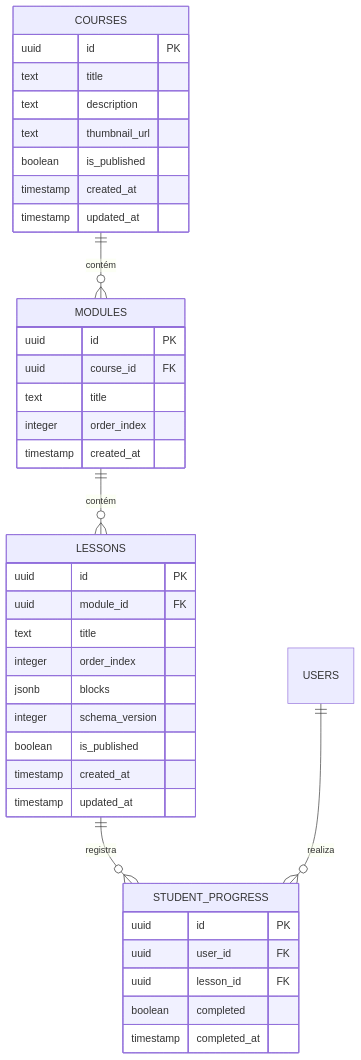
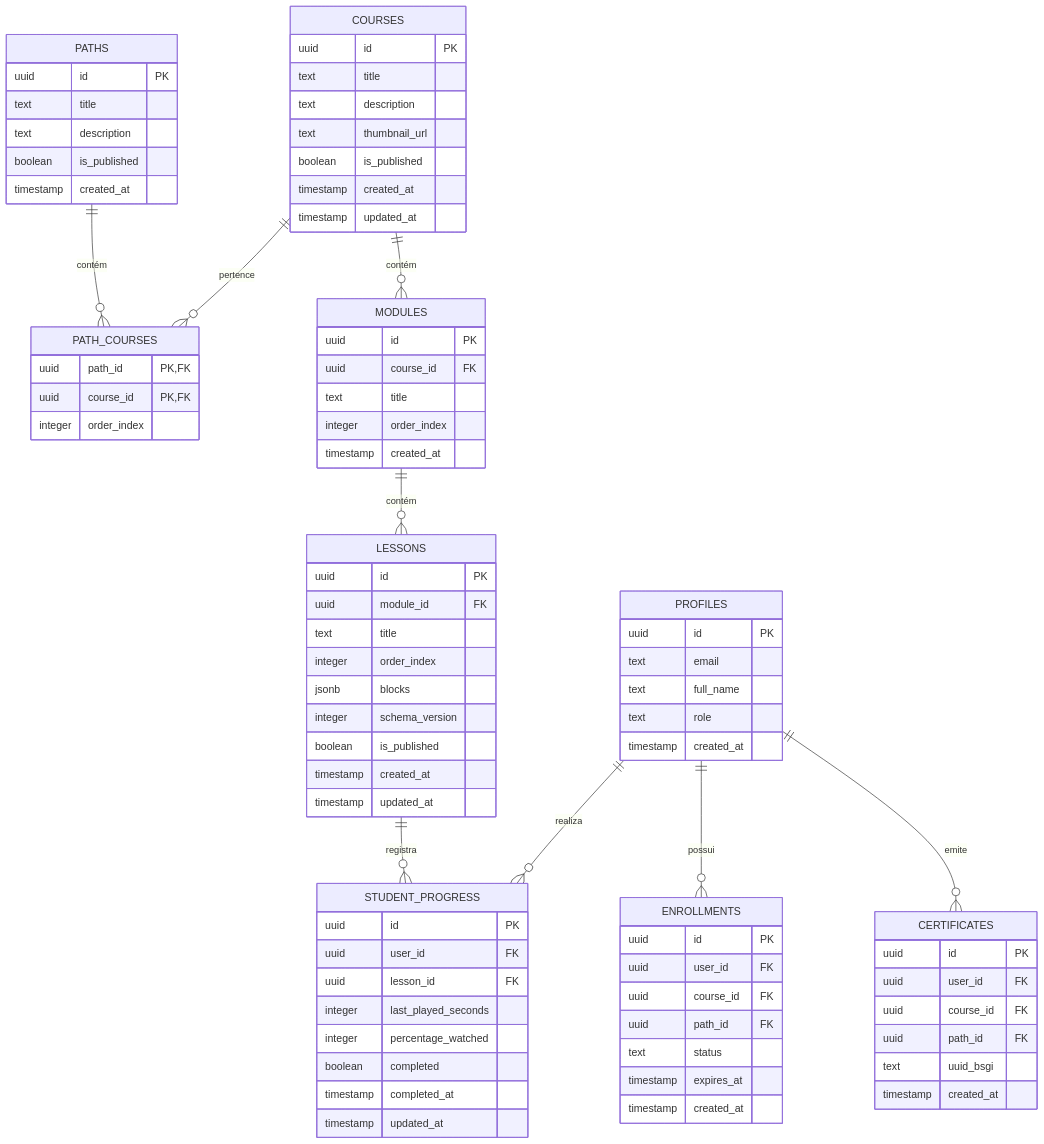
Before and after one commit to ednosmab/course-platform: the diagram in docs/layers/supabase/database_schema_plan.md, drawn with Mermaid. The commit also changed other lines of this file and 6 other files, not shown here.

Commit message:
feat(supabase): implement initial relational schema, triggers, secure RLS, and add requirements

````diff
--- a/docs/layers/supabase/database_schema_plan.md
+++ b/docs/layers/supabase/database_schema_plan.md
@@ -8,9 +10,35 @@
 ```mermaid
 erDiagram
+    PROFILES ||--o{ ENROLLMENTS : "possui"
+    PATHS ||--o{ PATH_COURSES : "contém"
+    COURSES ||--o{ PATH_COURSES : "pertence"
     COURSES ||--o{ MODULES : "contém"
     MODULES ||--o{ LESSONS : "contém"
     LESSONS ||--o{ STUDENT_PROGRESS : "registra"
-    USERS ||--o{ STUDENT_PROGRESS : "realiza"
+    PROFILES ||--o{ STUDENT_PROGRESS : "realiza"
+    PROFILES ||--o{ CERTIFICATES : "emite"
+
+    PROFILES {
+        uuid id PK
+        text email
+        text full_name
+        text role
+        timestamp created_at
+    }
+
+    PATHS {
+        uuid id PK
+        text title
+        text description
+        boolean is_published
+        timestamp created_at
+    }
+
+    PATH_COURSES {
+        uuid path_id PK, FK
+        uuid course_id PK, FK
+        integer order_index
+    }
 
     COURSES {
         uuid id PK
@@ -20,6 +48,16 @@
         boolean is_published
         timestamp created_at
         timestamp updated_at
+    }
+
+    ENROLLMENTS {
+        uuid id PK
+        uuid user_id FK
+        uuid course_id FK
+        uuid path_id FK
+        text status
+        timestamp expires_at
+        timestamp created_at
     }
 
     MODULES {
@@ -46,7 +84,19 @@
         uuid id PK
         uuid user_id FK
         uuid lesson_id FK
+        integer last_played_seconds
+        integer percentage_watched
         boolean completed
         timestamp completed_at
+        timestamp updated_at
+    }
+
+    CERTIFICATES {
+        uuid id PK
+        uuid user_id FK
+        uuid course_id FK
+        uuid path_id FK
+        text uuid_bsgi
+        timestamp created_at
     }
 ```
````
